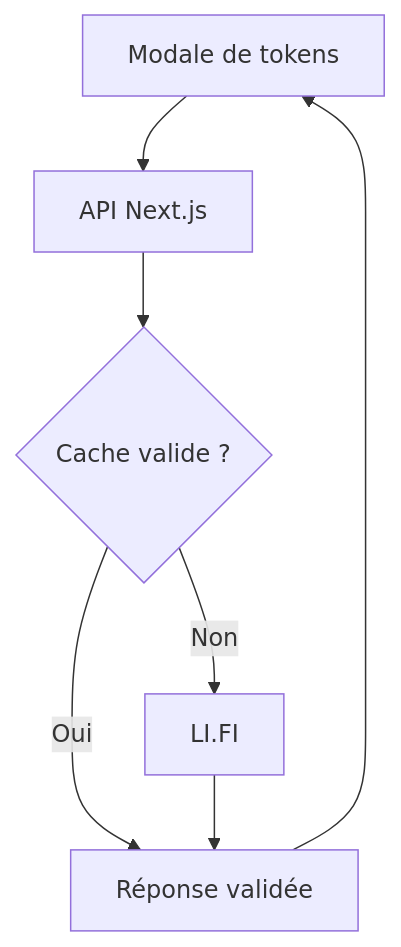
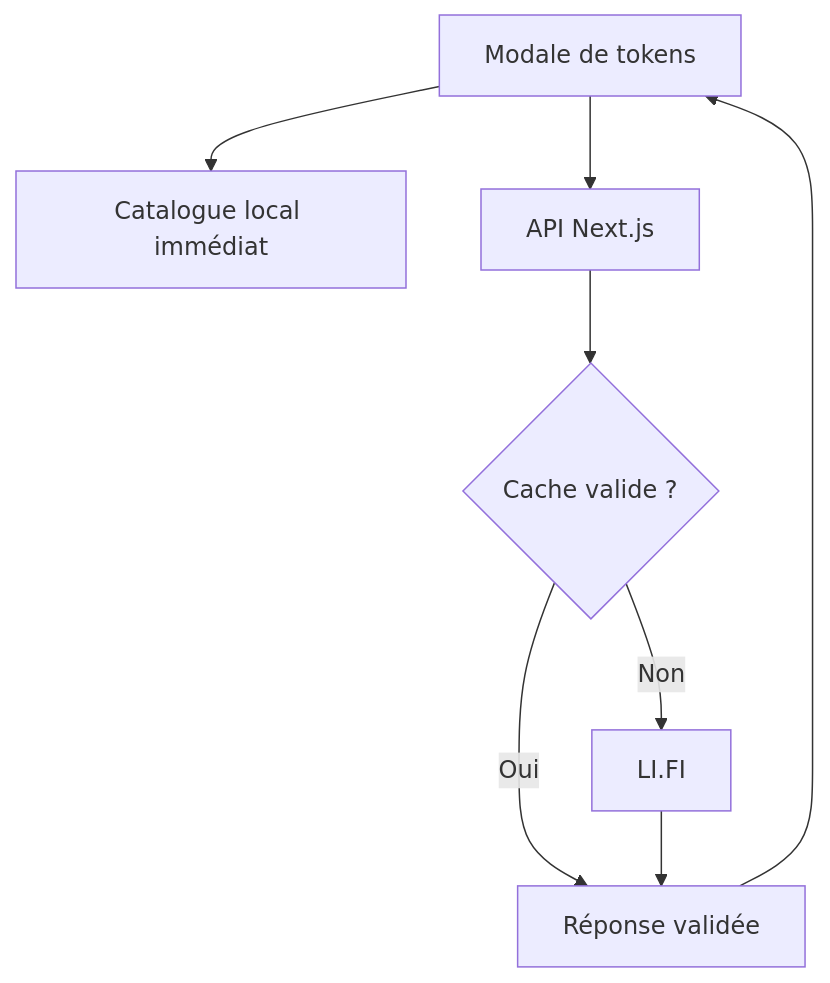
The diagram in swap-aggregator/ARCHITECTURE.md (991core/swap-greg), drawn with Mermaid before and after one commit. The commit also changed other lines of this file and 22 other files, not shown here.

````diff
--- a/swap-aggregator/ARCHITECTURE.md
+++ b/swap-aggregator/ARCHITECTURE.md
@@ -14,9 +18,10 @@
 ```mermaid
 flowchart TD
-  A[Modale de tokens] --> B[API Next.js]
+  A[Modale de tokens] --> L[Catalogue local immédiat]
+  A --> B[API Next.js]
   B --> C{Cache valide ?}
   C -->|Oui| E[Réponse validée]
   C -->|Non| D[LI.FI]
   D --> E
   E --> A
 ```
````
